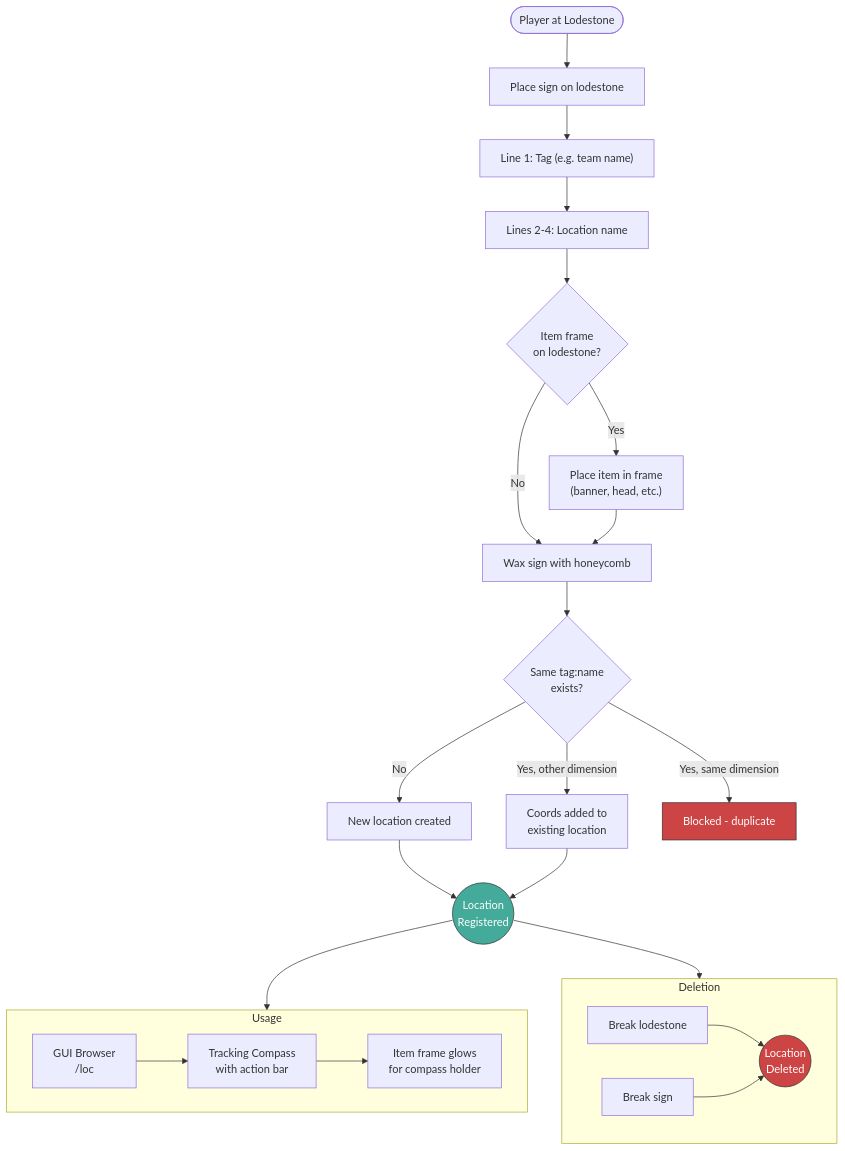
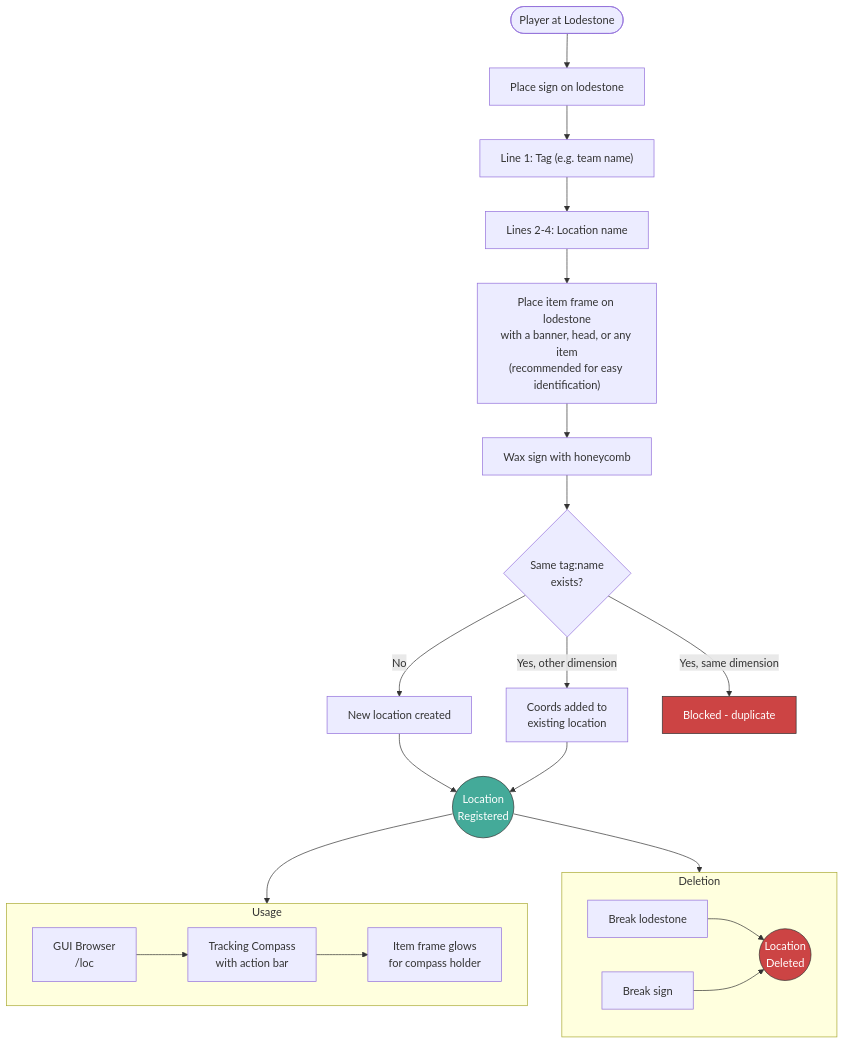
Before and after one commit to paraf0x/location-manager: the first of 3 diagrams in README.md, drawn with Mermaid. The commit also changed other lines of this file, not shown here.

First line of the commit message:
Update README: recommend item frame, add editing lifecycle

````diff
--- a/README.md
+++ b/README.md
@@ -34,40 +34,38 @@
 ```mermaid
 flowchart TD
     Start([Player at Lodestone]) --> PlaceSign[Place sign on lodestone]
     PlaceSign --> SetTag["Line 1: Tag (e.g. team name)"]
     SetTag --> SetName["Lines 2-4: Location name"]
-    SetName --> OptFrame{Item frame\non lodestone?}
-    OptFrame -->|Yes| AddItem["Place item in frame\n(banner, head, etc.)"]
-    OptFrame -->|No| Wax
-    AddItem --> Wax
+    SetName --> AddFrame["Place item frame on lodestone\nwith a banner, head, or any item\n(recommended for easy identification)"]
+    AddFrame --> Wax
 
     Wax["Wax sign with honeycomb"] --> CheckDup{Same tag:name\nexists?}
     CheckDup -->|No| Create[New location created]
     CheckDup -->|Yes, other dimension| Link["Coords added to\nexisting location"]
     CheckDup -->|Yes, same dimension| Block[Blocked - duplicate]
 
     Create --> Registered((Location\nRegistered))
     Link --> Registered
 
     Registered --> Use
 
     subgraph Use [Usage]
         GUI["GUI Browser\n/loc"]
         Compass["Tracking Compass\nwith action bar"]
         Glow["Item frame glows\nfor compass holder"]
         GUI --> Compass
         Compass --> Glow
     end
 
     Registered --> Delete
 
     subgraph Delete [Deletion]
         BreakLodestone["Break lodestone"] --> Removed
         BreakSign["Break sign"] --> Removed
         Removed((Location\nDeleted))
     end
 
     style Registered fill:#4a9,stroke:#333,color:#fff
     style Removed fill:#c44,stroke:#333,color:#fff
     style Block fill:#c44,stroke:#333,color:#fff
 ```
````
